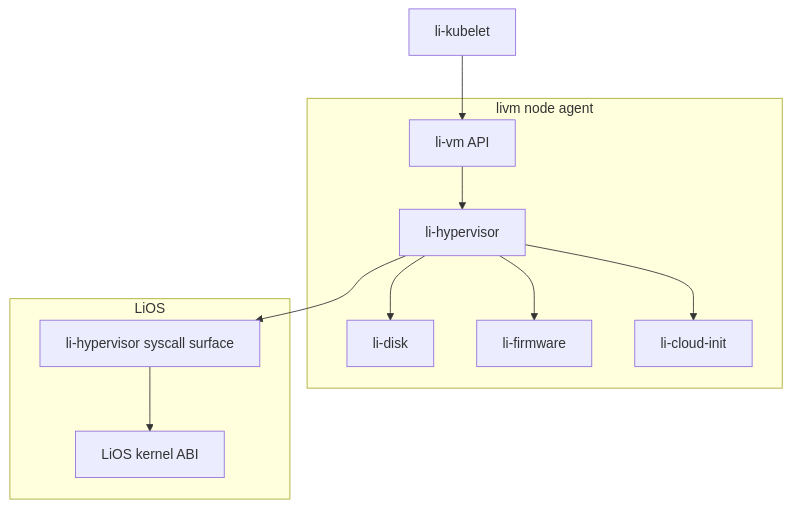
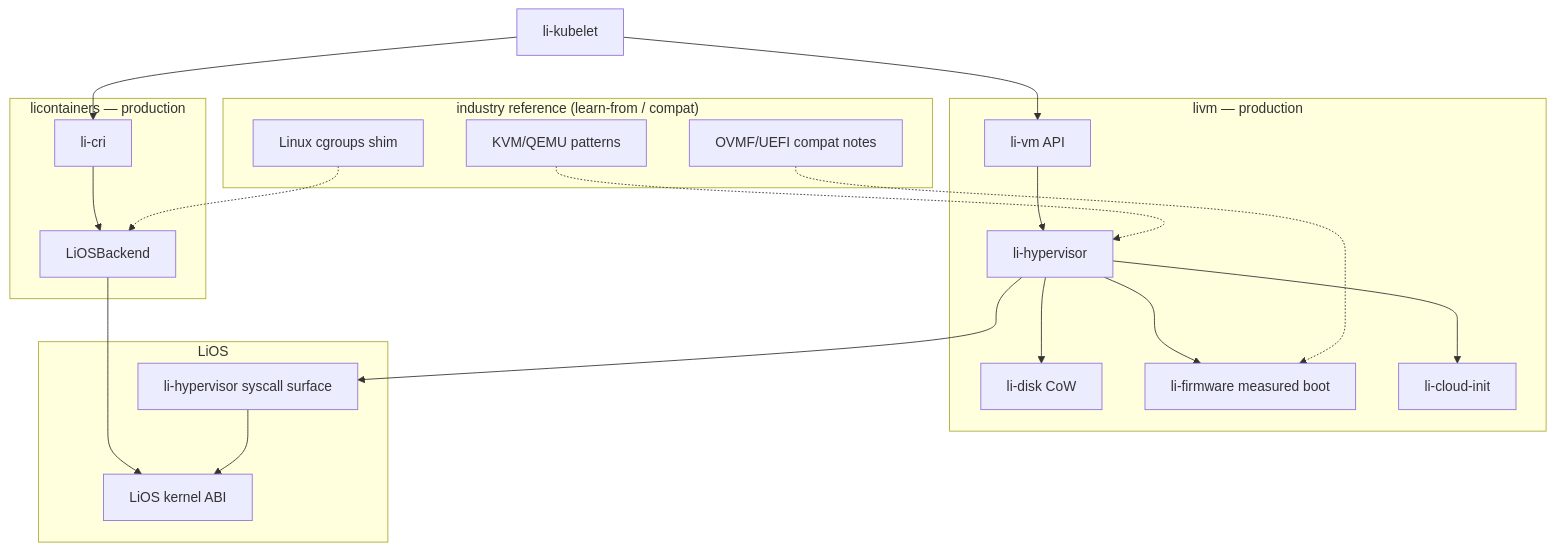
One commit to li-langverse/lic changed the fourth of 4 diagrams in docs/libernetes-roadmap.md. Above: the diagram before and after it, drawn with Mermaid. The commit also changed other lines of this file and 4 other files, not shown here.

First line of the commit message:
Render libernetes roadmap mermaid diagrams as PNG assets.

````diff
--- a/docs/libernetes-roadmap.md
+++ b/docs/libernetes-roadmap.md
@@ -133,23 +156,41 @@
 ```mermaid
 flowchart TB
-  subgraph livm [livm node agent]
+  subgraph livm [livm — production]
     vapi[li-vm API]
     hypervisor[li-hypervisor]
-    disk[li-disk]
-    firmware[li-firmware]
+    disk[li-disk CoW]
+    firmware[li-firmware measured boot]
     cloudinit[li-cloud-init]
+  end
+
+  subgraph licont [licontainers — production]
+    cri[li-cri]
+    liosbe[LiOSBackend]
   end
 
   subgraph lios [LiOS]
     abi[LiOS kernel ABI]
     hv[li-hypervisor syscall surface]
   end
 
+  subgraph ref ["industry reference (learn-from / compat)"]
+    kvmref["KVM/QEMU patterns"]
+    ovmfref["OVMF/UEFI compat notes"]
+    cgroupsref["Linux cgroups shim"]
+  end
+
   kubelet[li-kubelet] --> vapi
+  kubelet --> cri
   vapi --> hypervisor
   hypervisor --> disk
   hypervisor --> firmware
   hypervisor --> cloudinit
   hypervisor --> hv
+  cri --> liosbe
+  liosbe --> abi
   hv --> abi
+
+  kvmref -.-> hypervisor
+  ovmfref -.-> firmware
+  cgroupsref -.-> liosbe
 ```
````
